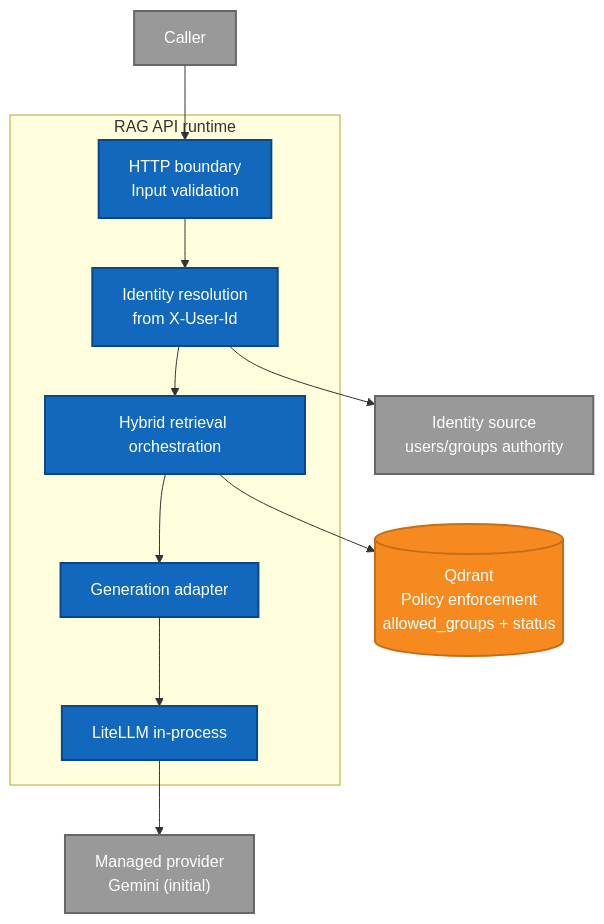
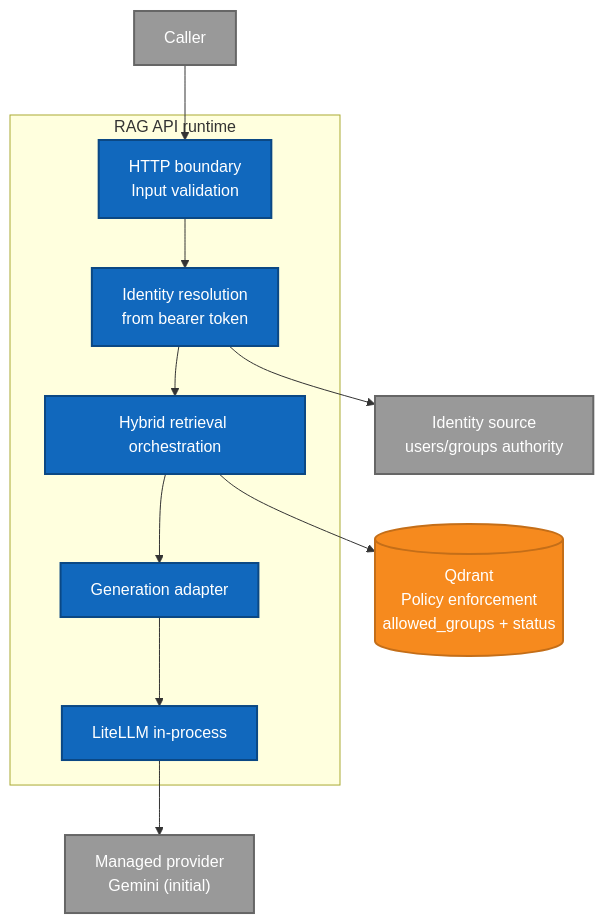
One commit to hugolomar/rag-architecture-guide changed the diagram in docs/diagrams/07-security-boundary-view.md. Above: the diagram before and after it, drawn with Mermaid. The commit also changed other lines of this file and 29 other files, not shown here.

````diff
--- a/docs/diagrams/07-security-boundary-view.md
+++ b/docs/diagrams/07-security-boundary-view.md
@@ -7,35 +7,35 @@
 ```mermaid
 graph TD
   User["Caller"]
 
   subgraph Runtime["RAG API runtime"]
     HTTP["HTTP boundary<br/>Input validation"]
-    Auth["Identity resolution<br/>from X-User-Id"]
+    Auth["Identity resolution<br/>from bearer token"]
     Retrieve["Hybrid retrieval orchestration"]
     Generate["Generation adapter"]
     Lite["LiteLLM in-process"]
   end
 
   IdP["Identity source<br/>users/groups authority"]
   Qdrant[("Qdrant<br/>Policy enforcement<br/>allowed_groups + status")]
   LLM["Managed provider<br/>Gemini (initial)"]
 
   User --> HTTP
   HTTP --> Auth
   Auth --> IdP
   Auth --> Retrieve
   Retrieve --> Qdrant
   Retrieve --> Generate
   Generate --> Lite
   Lite --> LLM
 
   classDef trusted fill:#1168bd,stroke:#0b4884,color:#fff,stroke-width:2px;
   classDef control fill:#229954,stroke:#114d2a,color:#fff,stroke-width:2px;
   classDef external fill:#999999,stroke:#666666,color:#fff,stroke-width:2px;
   classDef store fill:#f68a1e,stroke:#c46e18,color:#fff,stroke-width:2px;
 
   class HTTP,Auth,Retrieve,Generate,Lite trusted;
   class Qdrant control;
   class User,IdP,LLM external;
   class Qdrant store;
 ```
````
